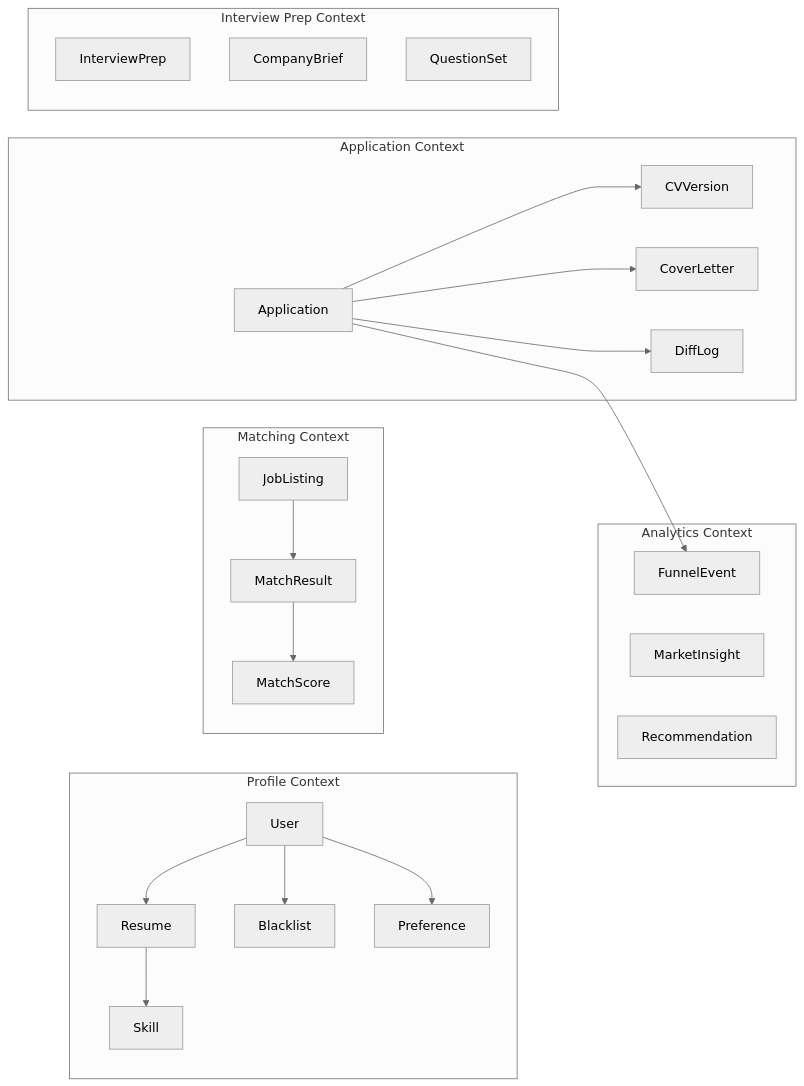
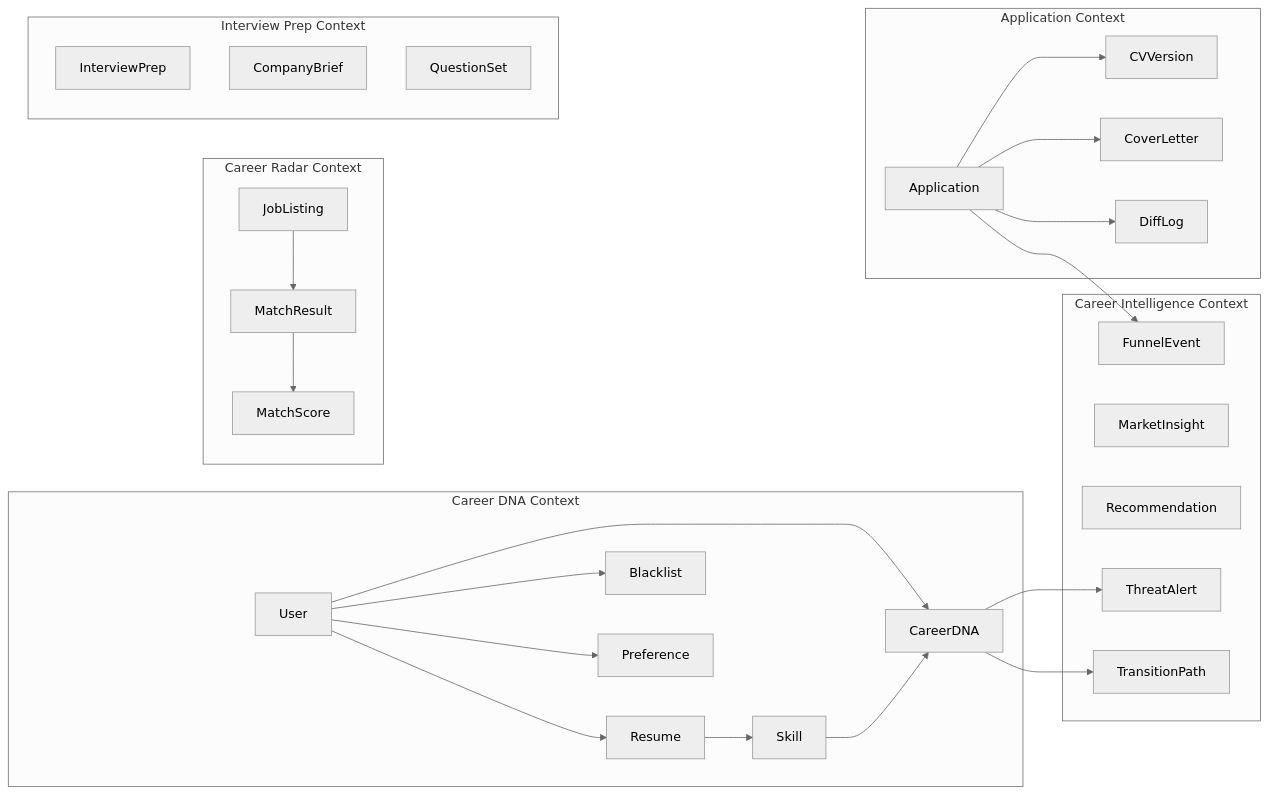
Before and after one commit to pathforge-labs/PathForge: the diagram in docs/architecture/ARCHITECTURE.md, drawn with Mermaid (neutral theme). The commit also changed other lines of this file and 30 other files, not shown here.

First line of the commit message:
feat: Sprint 1 foundation + Career Intelligence vision

````diff
--- a/docs/architecture/ARCHITECTURE.md
+++ b/docs/architecture/ARCHITECTURE.md
@@ -212,46 +232,53 @@
 ```mermaid
 graph LR
-    subgraph "Profile Context"
+    subgraph "Career DNA Context"
         USER["User"]
         RESUME["Resume"]
         SKILL["Skill"]
         BLACKLIST["Blacklist"]
         PREFERENCE["Preference"]
+        CAREERDNA["CareerDNA"]
     end
 
-    subgraph "Matching Context"
+    subgraph "Career Radar Context"
         JOBLISTING["JobListing"]
         MATCHRESULT["MatchResult"]
         MATCHSCORE["MatchScore"]
     end
 
     subgraph "Application Context"
         APPLICATION["Application"]
         CVVERSION["CVVersion"]
         COVERLETTER["CoverLetter"]
         DIFFLOG["DiffLog"]
     end
 
     subgraph "Interview Prep Context"
         INTERVIEWPREP["InterviewPrep"]
         COMPANYBRIEF["CompanyBrief"]
         QUESTIONSET["QuestionSet"]
     end
 
-    subgraph "Analytics Context"
+    subgraph "Career Intelligence Context"
         FUNNELEVENT["FunnelEvent"]
         MARKETINSIGHT["MarketInsight"]
         RECOMMENDATION["Recommendation"]
+        THREATALERT["ThreatAlert"]
+        TRANSITIONPATH["TransitionPath"]
     end
 
     USER --> RESUME
     USER --> BLACKLIST
     USER --> PREFERENCE
+    USER --> CAREERDNA
     RESUME --> SKILL
+    SKILL --> CAREERDNA
     JOBLISTING --> MATCHRESULT
     MATCHRESULT --> MATCHSCORE
     APPLICATION --> CVVERSION
     APPLICATION --> COVERLETTER
     APPLICATION --> DIFFLOG
     APPLICATION --> FUNNELEVENT
+    CAREERDNA --> THREATALERT
+    CAREERDNA --> TRANSITIONPATH
 ```
````
